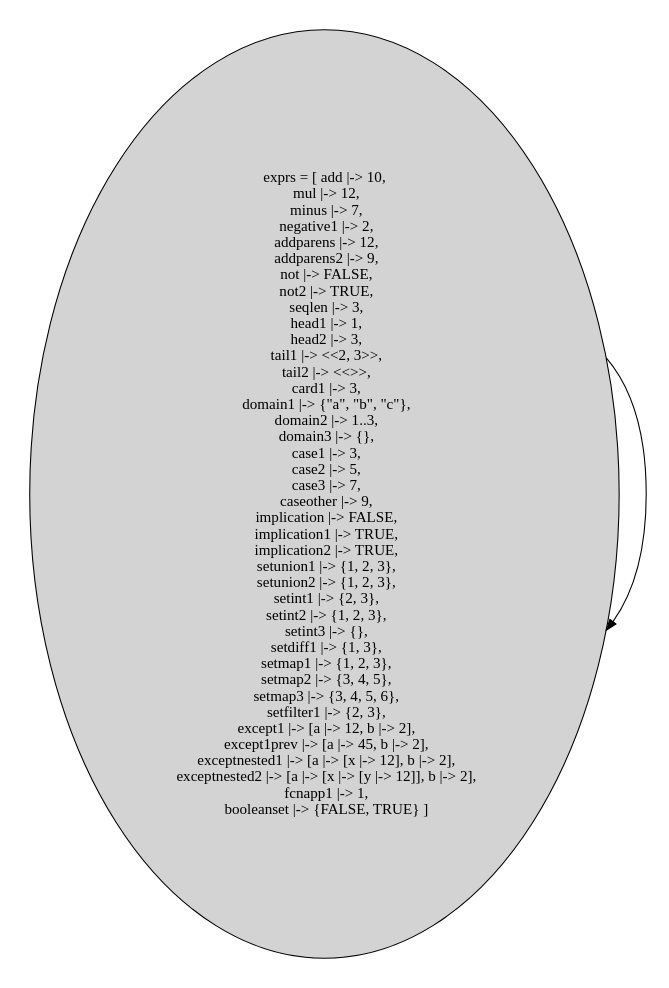
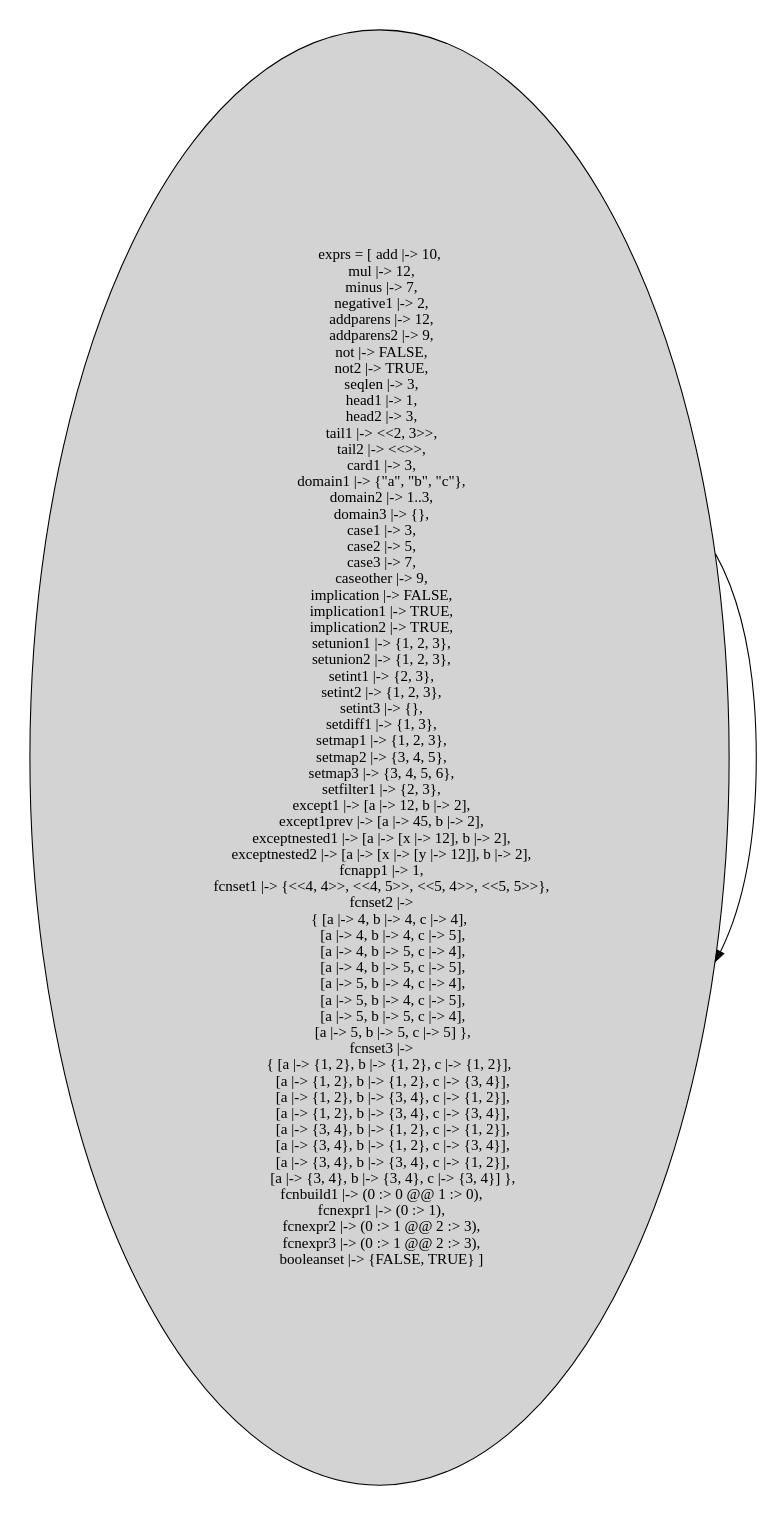
Before and after one commit to will62794/tla-web: the diagram in specs/with_state_graphs/tla_expr_eval.tla.dot, drawn with Graphviz. The commit also changed 4 other files, not shown here.

```diff
--- a/specs/with_state_graphs/tla_expr_eval.tla.dot
+++ b/specs/with_state_graphs/tla_expr_eval.tla.dot
@@ -1,9 +1,9 @@
 strict digraph DiskGraph {
 nodesep=0.35;
 subgraph cluster_graph {
 color="white";
-2371680215675934602 [label="exprs = [ add |-> 10,\n  mul |-> 12,\n  minus |-> 7,\n  negative1 |-> 2,\n  addparens |-> 12,\n  addparens2 |-> 9,\n  not |-> FALSE,\n  not2 |-> TRUE,\n  seqlen |-> 3,\n  head1 |-> 1,\n  head2 |-> 3,\n  tail1 |-> <<2, 3>>,\n  tail2 |-> <<>>,\n  card1 |-> 3,\n  domain1 |-> {\"a\", \"b\", \"c\"},\n  domain2 |-> 1..3,\n  domain3 |-> {},\n  case1 |-> 3,\n  case2 |-> 5,\n  case3 |-> 7,\n  caseother |-> 9,\n  implication |-> FALSE,\n  implication1 |-> TRUE,\n  implication2 |-> TRUE,\n  setunion1 |-> {1, 2, 3},\n  setunion2 |-> {1, 2, 3},\n  setint1 |-> {2, 3},\n  setint2 |-> {1, 2, 3},\n  setint3 |-> {},\n  setdiff1 |-> {1, 3},\n  setmap1 |-> {1, 2, 3},\n  setmap2 |-> {3, 4, 5},\n  setmap3 |-> {3, 4, 5, 6},\n  setfilter1 |-> {2, 3},\n  except1 |-> [a |-> 12, b |-> 2],\n  except1prev |-> [a |-> 45, b |-> 2],\n  exceptnested1 |-> [a |-> [x |-> 12], b |-> 2],\n  exceptnested2 |-> [a |-> [x |-> [y |-> 12]], b |-> 2],\n  fcnapp1 |-> 1,\n  booleanset |-> {FALSE, TRUE} ]",style = filled]
-2371680215675934602 -> 2371680215675934602 [label="",color="black",fontcolor="black"];
-{rank = same; 2371680215675934602;}
+-823407253725849307 [label="exprs = [ add |-> 10,\n  mul |-> 12,\n  minus |-> 7,\n  negative1 |-> 2,\n  addparens |-> 12,\n  addparens2 |-> 9,\n  not |-> FALSE,\n  not2 |-> TRUE,\n  seqlen |-> 3,\n  head1 |-> 1,\n  head2 |-> 3,\n  tail1 |-> <<2, 3>>,\n  tail2 |-> <<>>,\n  card1 |-> 3,\n  domain1 |-> {\"a\", \"b\", \"c\"},\n  domain2 |-> 1..3,\n  domain3 |-> {},\n  case1 |-> 3,\n  case2 |-> 5,\n  case3 |-> 7,\n  caseother |-> 9,\n  implication |-> FALSE,\n  implication1 |-> TRUE,\n  implication2 |-> TRUE,\n  setunion1 |-> {1, 2, 3},\n  setunion2 |-> {1, 2, 3},\n  setint1 |-> {2, 3},\n  setint2 |-> {1, 2, 3},\n  setint3 |-> {},\n  setdiff1 |-> {1, 3},\n  setmap1 |-> {1, 2, 3},\n  setmap2 |-> {3, 4, 5},\n  setmap3 |-> {3, 4, 5, 6},\n  setfilter1 |-> {2, 3},\n  except1 |-> [a |-> 12, b |-> 2],\n  except1prev |-> [a |-> 45, b |-> 2],\n  exceptnested1 |-> [a |-> [x |-> 12], b |-> 2],\n  exceptnested2 |-> [a |-> [x |-> [y |-> 12]], b |-> 2],\n  fcnapp1 |-> 1,\n  fcnset1 |-> {<<4, 4>>, <<4, 5>>, <<5, 4>>, <<5, 5>>},\n  fcnset2 |->\n      { [a |-> 4, b |-> 4, c |-> 4],\n        [a |-> 4, b |-> 4, c |-> 5],\n        [a |-> 4, b |-> 5, c |-> 4],\n        [a |-> 4, b |-> 5, c |-> 5],\n        [a |-> 5, b |-> 4, c |-> 4],\n        [a |-> 5, b |-> 4, c |-> 5],\n        [a |-> 5, b |-> 5, c |-> 4],\n        [a |-> 5, b |-> 5, c |-> 5] },\n  fcnset3 |->\n      { [a |-> {1, 2}, b |-> {1, 2}, c |-> {1, 2}],\n        [a |-> {1, 2}, b |-> {1, 2}, c |-> {3, 4}],\n        [a |-> {1, 2}, b |-> {3, 4}, c |-> {1, 2}],\n        [a |-> {1, 2}, b |-> {3, 4}, c |-> {3, 4}],\n        [a |-> {3, 4}, b |-> {1, 2}, c |-> {1, 2}],\n        [a |-> {3, 4}, b |-> {1, 2}, c |-> {3, 4}],\n        [a |-> {3, 4}, b |-> {3, 4}, c |-> {1, 2}],\n        [a |-> {3, 4}, b |-> {3, 4}, c |-> {3, 4}] },\n  fcnbuild1 |-> (0 :> 0 @@ 1 :> 0),\n  fcnexpr1 |-> (0 :> 1),\n  fcnexpr2 |-> (0 :> 1 @@ 2 :> 3),\n  fcnexpr3 |-> (0 :> 1 @@ 2 :> 3),\n  booleanset |-> {FALSE, TRUE} ]",style = filled]
+-823407253725849307 -> -823407253725849307 [label="",color="black",fontcolor="black"];
+{rank = same; -823407253725849307;}
 }
 }
```
